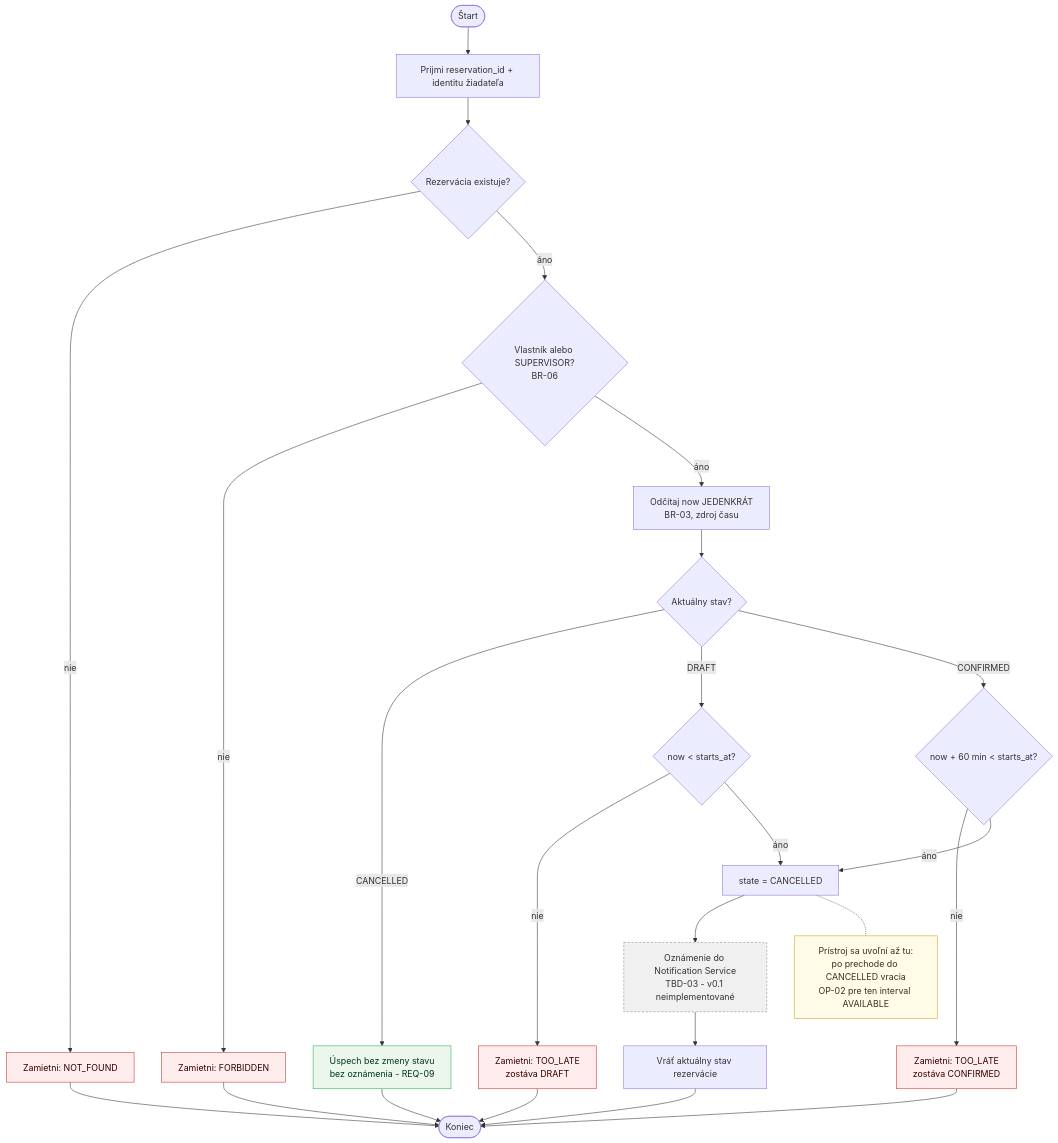
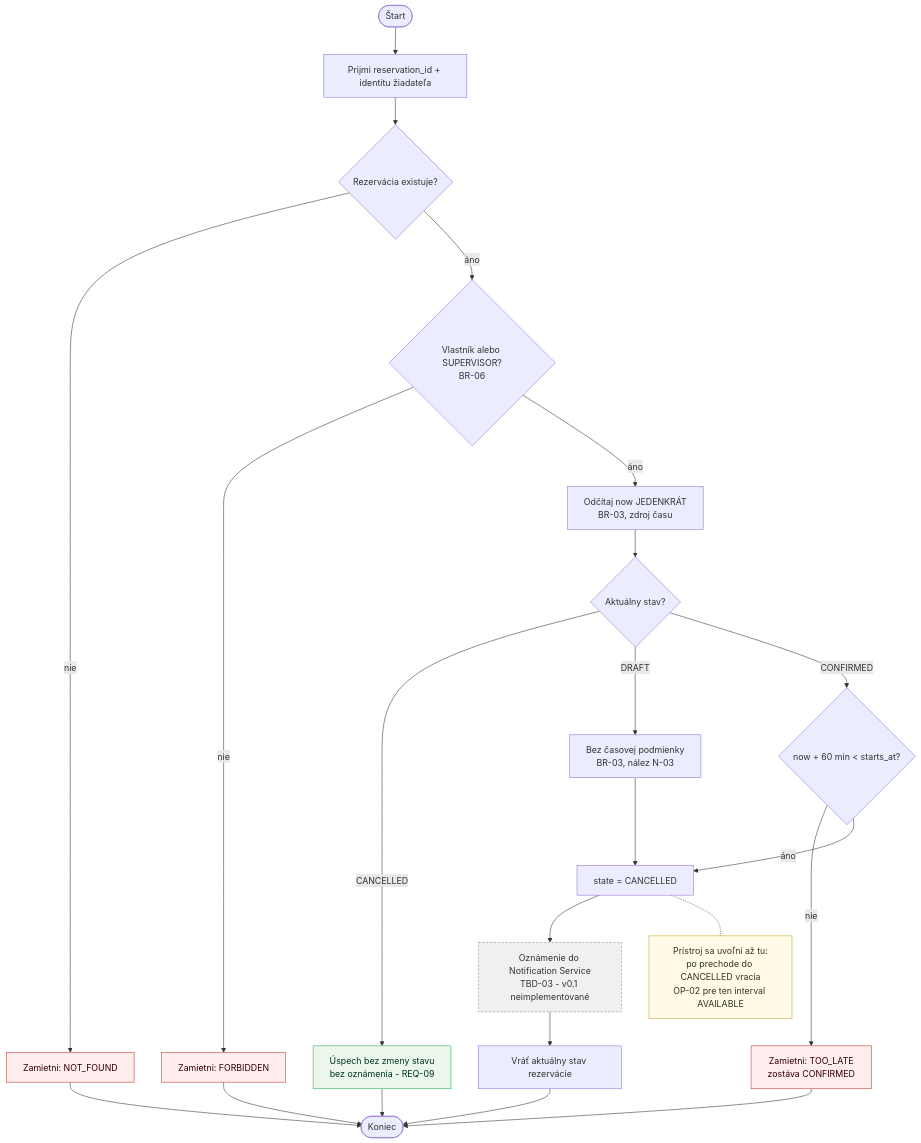
One commit to thspowered/SWI-LAB changed the sixth of 6 diagrams in docs/diagrams.md. Above: the diagram before and after it, drawn with Mermaid. The commit also changed other lines of this file and 1 other file, not shown here.

Commit message:
C02: kontrola konzistencie, kontrola prijatia poziadaviek, oprava BR-03
Kontrola špecifikácie ako jedného systému tvrdení našla tri nesúlady:

- N-01: rezerváciu potvrdenú menej ako 60 min pred začiatkom už nemožno
  zrušiť. Pravidlo ostáva, dôsledok je odteraz v OP-03 explicitne.
- N-02: OP-02 nehovorila nič o dopytoch na interval v minulosti.
  Doplnené - čítacia operácia ich povoľuje.
- N-03: DRAFT po začiatku sa nedal ani potvrdiť, ani zrušiť. Rozhodnutím
  tímu sa DRAFT ruší bez časovej podmienky; premietnuté do BR-03, REQ-07,
  predpokladov a príkladov OP-04, stavového diagramu a aktivity OP-04.

Doplnená kontrola prijatia požiadaviek pre REQ-01..REQ-09 (stav/čas,
súbeh, spôsob overenia) a záznam o schválení baseline v0.1.

Diagramy po zmene znovu overené vykreslením cez mermaid-cli (6/6).

````diff
--- a/docs/diagrams.md
+++ b/docs/diagrams.md
@@ -240,37 +240,35 @@
 ```mermaid
 flowchart TD
     A([Štart]) --> B["Prijmi reservation_id + identitu žiadateľa"]
     B --> C{"Rezervácia existuje?"}
     C -->|"nie"| X1["Zamietni: NOT_FOUND"]
     C -->|"áno"| D{"Vlastník alebo SUPERVISOR?<br/>BR-06"}
     D -->|"nie"| X2["Zamietni: FORBIDDEN"]
     D -->|"áno"| E["Odčítaj now JEDENKRÁT<br/>BR-03, zdroj času"]
     E --> F{"Aktuálny stav?"}
     F -->|"CANCELLED"| R1["Úspech bez zmeny stavu<br/>bez oznámenia - REQ-09"]
-    F -->|"DRAFT"| G{"now < starts_at?"}
+    F -->|"DRAFT"| G["Bez časovej podmienky<br/>BR-03, nález N-03"]
     F -->|"CONFIRMED"| H{"now + 60 min < starts_at?"}
-    G -->|"nie"| X3["Zamietni: TOO_LATE<br/>zostáva DRAFT"]
-    G -->|"áno"| J["state = CANCELLED"]
+    G --> J["state = CANCELLED"]
     H -->|"nie"| X4["Zamietni: TOO_LATE<br/>zostáva CONFIRMED"]
     H -->|"áno"| J
     J --> K["Oznámenie do Notification Service<br/>TBD-03 - v0.1 neimplementované"]
     K --> L["Vráť aktuálny stav rezervácie"]
     L --> Z([Koniec])
     R1 --> Z
     X1 --> Z
     X2 --> Z
-    X3 --> Z
     X4 --> Z
 
     N["Prístroj sa uvoľní až tu:<br/>po prechode do CANCELLED vracia<br/>OP-02 pre ten interval AVAILABLE"]
     J -.- N
 
     classDef rej fill:#ffecec,stroke:#c0392b,color:#300;
     classDef ok fill:#eaf7ea,stroke:#27ae60,color:#032;
     classDef note fill:#fffbe6,stroke:#c9a227,color:#332;
     classDef todo fill:#f0f0f0,stroke:#888,color:#333,stroke-dasharray: 4 3;
-    class X1,X2,X3,X4 rej;
+    class X1,X2,X4 rej;
     class R1 ok;
     class N note;
     class K todo;
 ```
````
